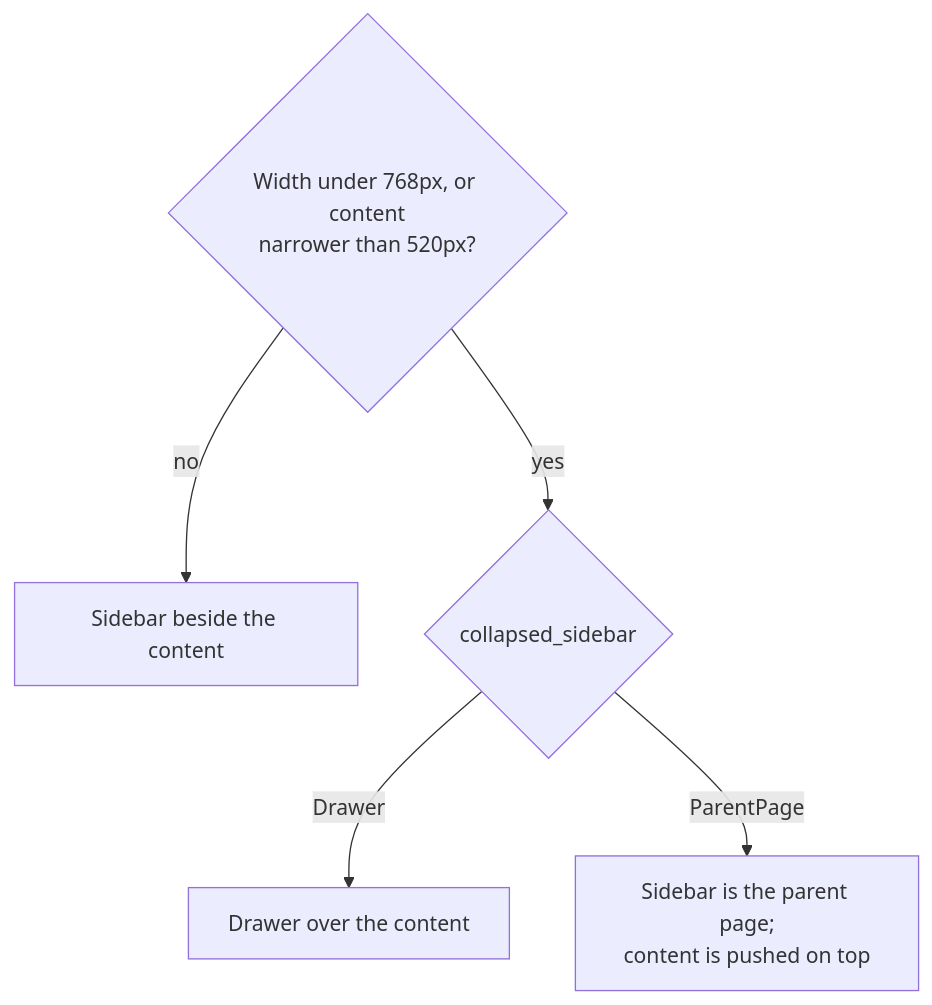
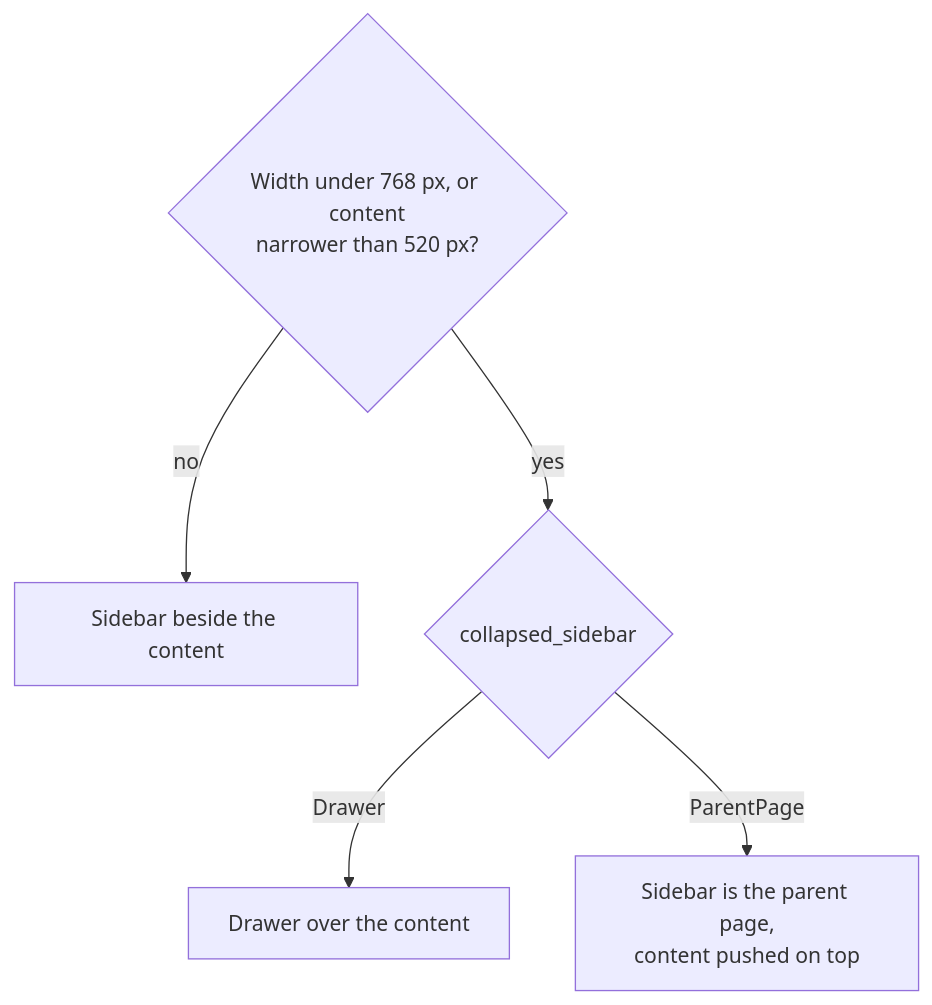
One commit to VaZark/iced-libadwaita changed the first of 2 diagrams in docs/lib/layout.md. Above: the diagram before and after it, drawn with Mermaid. The commit also changed other lines of this file and 394 other files, not shown here.

````diff
--- a/docs/lib/layout.md
+++ b/docs/lib/layout.md
@@ -11,7 +9,7 @@
 ```mermaid
 flowchart TD
-    W{"Width under 768px, or content<br/>narrower than 520px?"} -- no --> Split["Sidebar beside the content"]
+    W{"Width under 768 px, or content<br/>narrower than 520 px?"} -- no --> Split["Sidebar beside the content"]
     W -- yes --> M{"collapsed_sidebar"}
     M -- Drawer --> D["Drawer over the content"]
-    M -- ParentPage --> F["Sidebar is the parent page;<br/>content is pushed on top"]
+    M -- ParentPage --> F["Sidebar is the parent page,<br/>content pushed on top"]
 ```
````
